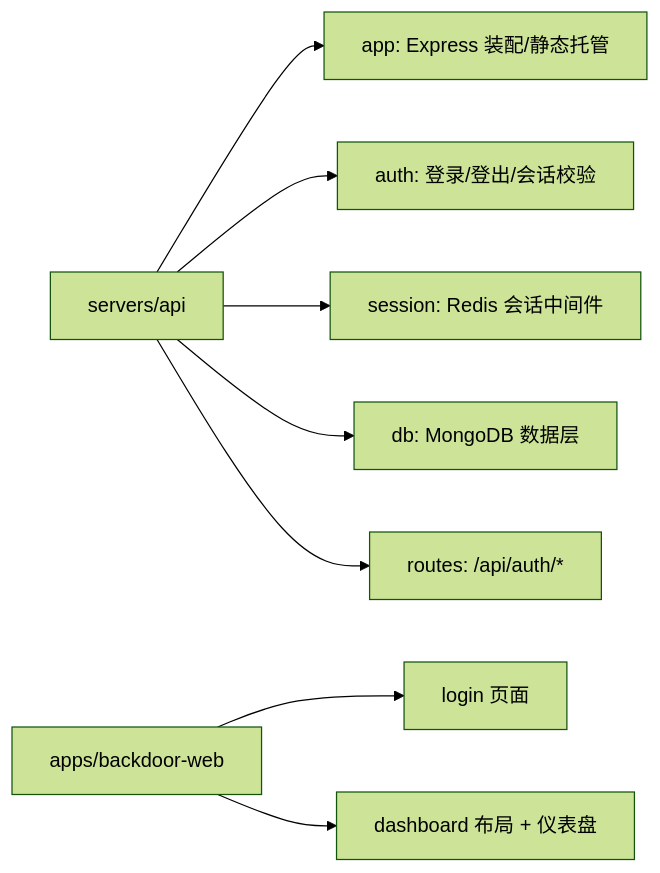
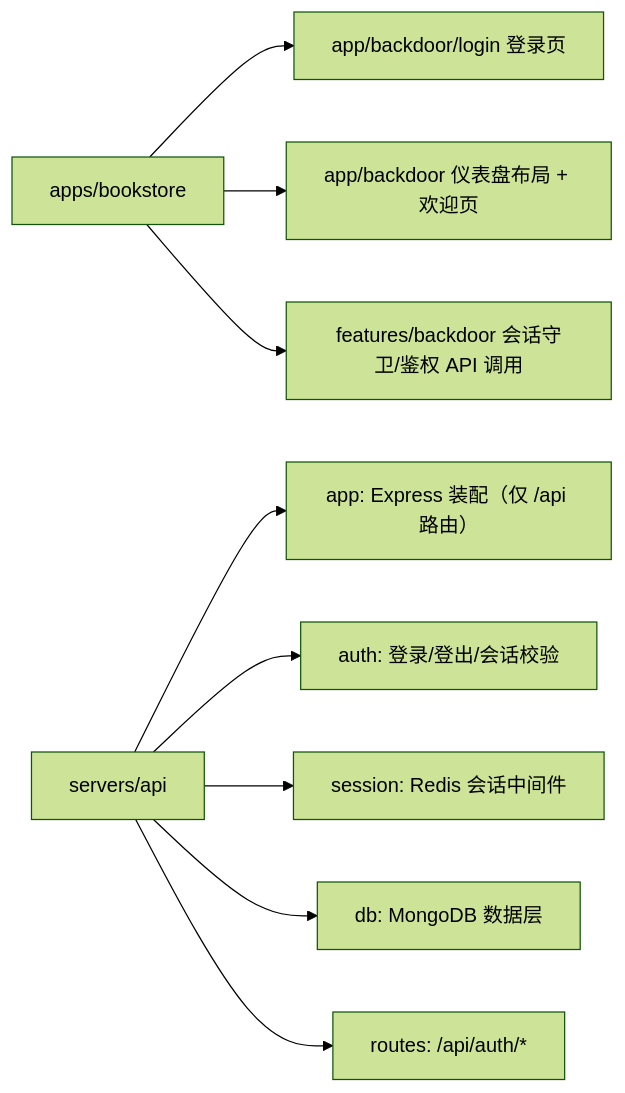
The second of 2 diagrams in docs/engineering/proposals/2026-08-12-backdoor-auth-proposal.md (Deliay/sumire), drawn with Mermaid (forest theme) before and after one commit. The commit also changed other lines of this file and 2 other files, not shown here.

First line of the commit message:
docs: 返工修订——后台页面并入 bookstore，servers/api 仅提供 API

````diff
--- a/docs/engineering/proposals/2026-08-12-backdoor-auth-proposal.md
+++ b/docs/engineering/proposals/2026-08-12-backdoor-auth-proposal.md
@@ -90,10 +89,11 @@
 ```mermaid
 graph LR
-    A[servers/api] --> B[app: Express 装配/静态托管]
-    A --> C[auth: 登录/登出/会话校验]
-    A --> D[session: Redis 会话中间件]
-    A --> E[db: MongoDB 数据层]
-    A --> F[routes: /api/auth/*]
-    G[apps/backdoor-web] --> H[login 页面]
-    G --> I[dashboard 布局 + 仪表盘]
+    B[apps/bookstore] --> B1[app/backdoor/login 登录页]
+    B --> B2[app/backdoor 仪表盘布局 + 欢迎页]
+    B --> B3[features/backdoor 会话守卫/鉴权 API 调用]
+    A[servers/api] --> C[app: Express 装配（仅 /api 路由）]
+    A --> D[auth: 登录/登出/会话校验]
+    A --> E[session: Redis 会话中间件]
+    A --> F[db: MongoDB 数据层]
+    A --> G[routes: /api/auth/*]
 ```
````
